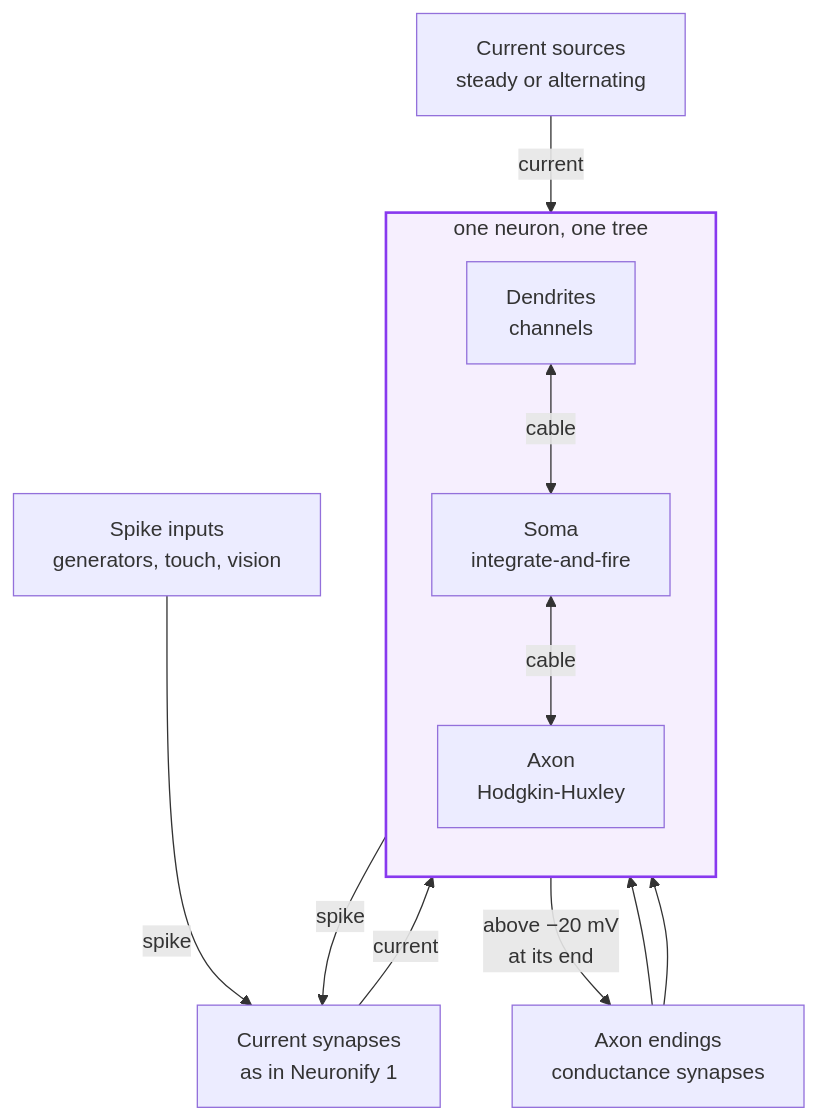
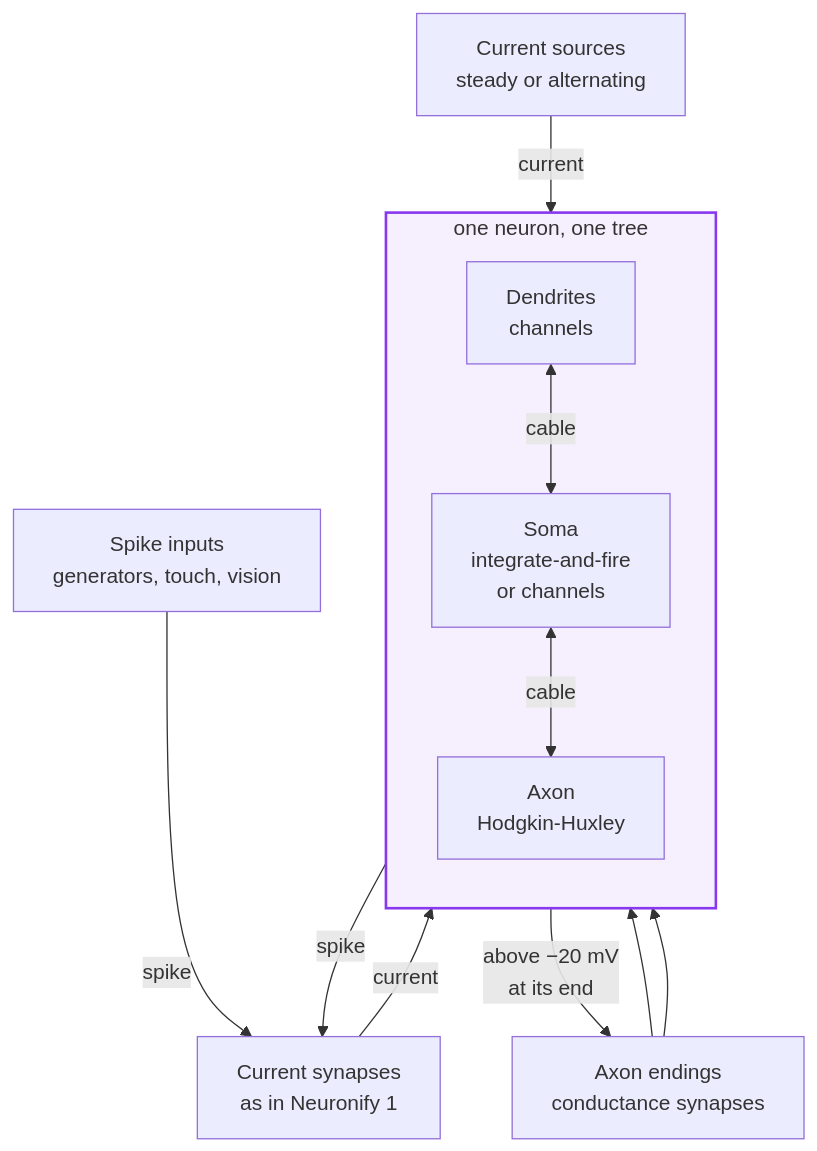
The first of 8 diagrams in docs/architecture/current.md (dragly/neuronify), drawn with Mermaid before and after one commit. The commit also changed other lines of this file and 48 other files, not shown here.

Commit message:
Let compartmental neurons fire through channels in their soma, counting a spike each time the voltage climbs past a threshold

````diff
--- a/docs/architecture/current.md
+++ b/docs/architecture/current.md
@@ -15,17 +15,17 @@
 ```mermaid
 flowchart TB
   inputs["Spike inputs<br/>generators, touch, vision"] -->|spike| syn["Current synapses<br/>as in Neuronify 1"]
   sources["Current sources<br/>steady or alternating"]
   subgraph cell ["one neuron, one tree"]
     direction TB
-    dend["Dendrites<br/>channels"] <-->|cable| soma["Soma<br/>integrate-and-fire"]
+    dend["Dendrites<br/>channels"] <-->|cable| soma["Soma<br/>integrate-and-fire<br/>or channels"]
     soma <-->|cable| axon["Axon<br/>Hodgkin-Huxley"]
   end
   syn -->|current| soma
   sources -->|current| soma
   soma -->|spike| syn
   axon -->|"above −20 mV<br/>at its end"| ending["Axon endings<br/>conductance synapses"]
   ending --> dend
   ending --> soma
   style cell fill:#8839ef14,stroke:#8839ef,stroke-width:2px
 ```
````
